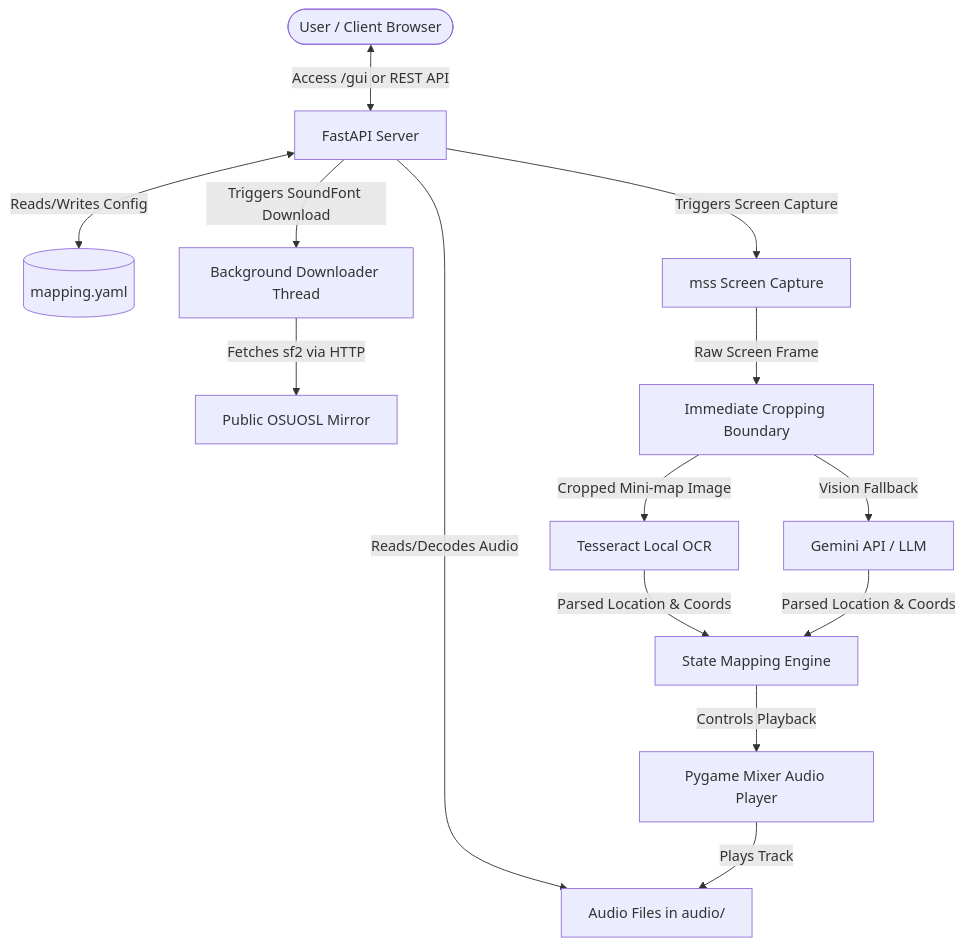
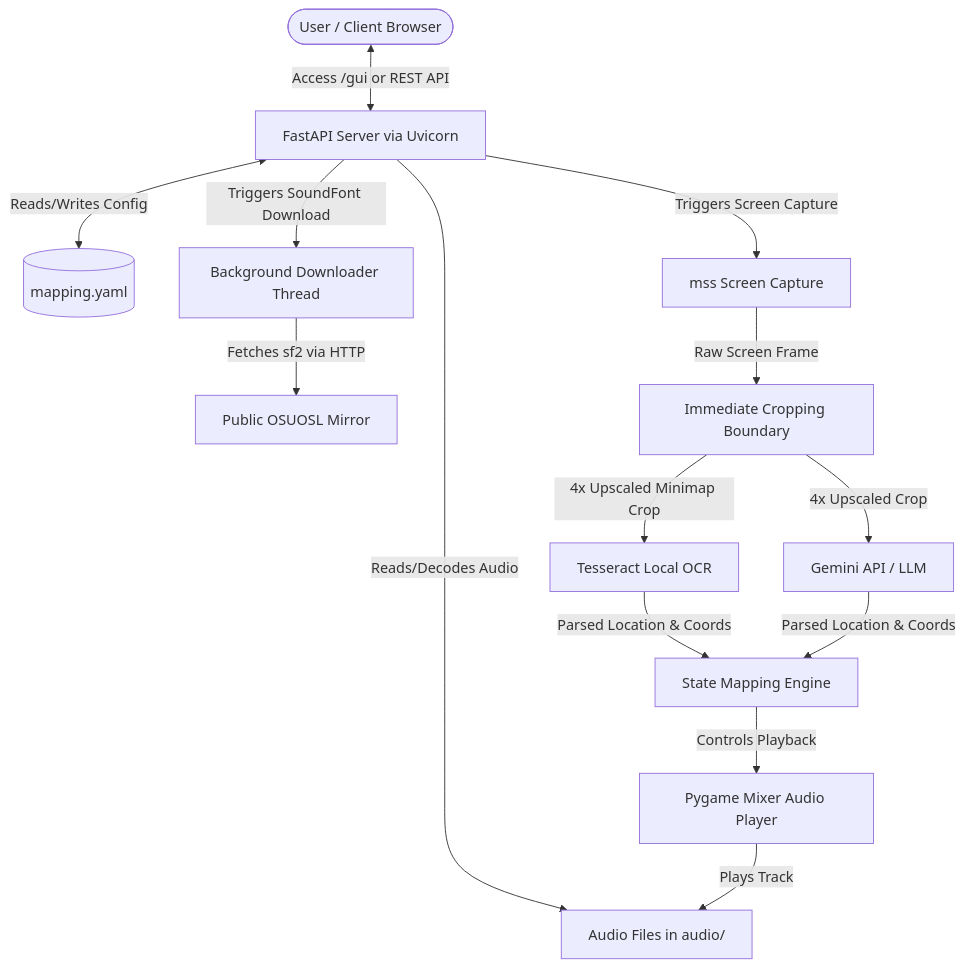
The diagram in threat_model.md (Evergold/roving-bard), drawn with Mermaid before and after one commit. The commit also changed other lines of this file, not shown here.

````diff
--- a/threat_model.md
+++ b/threat_model.md
@@ -11,16 +11,16 @@
 ```mermaid
 graph TD
-    User([User / Client Browser]) <-->|Access /gui or REST API| API[FastAPI Server]
+    User([User / Client Browser]) <-->|Access /gui or REST API| API[FastAPI Server via Uvicorn]
     API <-->|Reads/Writes Config| Config[(mapping.yaml)]
     API -->|Reads/Decodes Audio| Audio[Audio Files in audio/]
     API -->|Triggers Screen Capture| Screen[mss Screen Capture]
     API -->|Triggers SoundFont Download| Downloader[Background Downloader Thread]
     Downloader -->|Fetches sf2 via HTTP| Mirror[Public OSUOSL Mirror]
     Screen -->|Raw Screen Frame| Crop[Immediate Cropping Boundary]
-    Crop -->|Cropped Mini-map Image| LocalOCR[Tesseract Local OCR]
-    Crop -->|Vision Fallback| Gemini[Gemini API / LLM]
+    Crop -->|4x Upscaled Minimap Crop| LocalOCR[Tesseract Local OCR]
+    Crop -->|4x Upscaled Crop| Gemini[Gemini API / LLM]
     LocalOCR -->|Parsed Location & Coords| Mapper[State Mapping Engine]
     Gemini -->|Parsed Location & Coords| Mapper
     Mapper -->|Controls Playback| Player[Pygame Mixer Audio Player]
     Player -->|Plays Track| Audio
 ```
````
